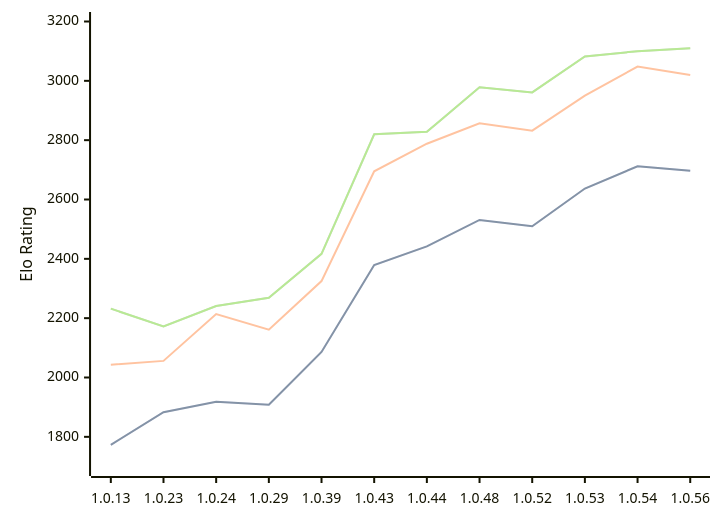
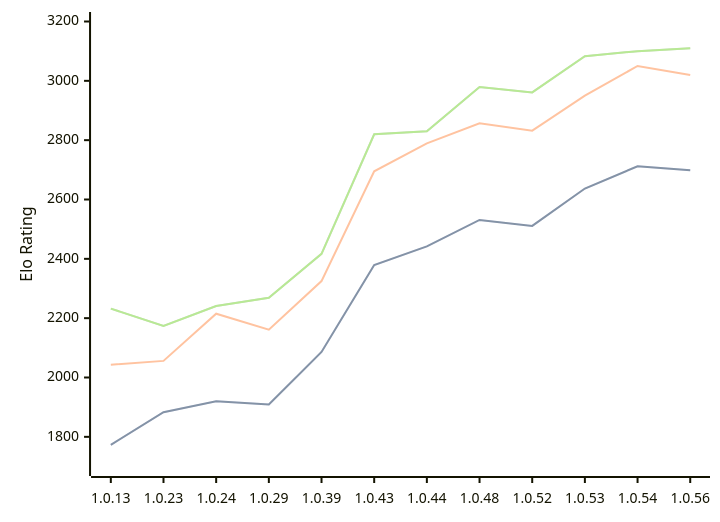
Before and after one commit to computer-chess-index/cci: the diagram in engines/RustyRival.md, drawn with Mermaid. The commit also changed other lines of this file, not shown here.

Commit message:
Update CCI Ratings (ELO VLTC) - 2026-09-16

````diff
--- a/engines/RustyRival.md
+++ b/engines/RustyRival.md
@@ -66,11 +67,11 @@
 ```mermaid
 %%{init: {"theme":"base","themeVariables":{"seriesColors:['#a3a3a3','#222221','#faa371']}}}%%
 xychart-beta
   x-axis ["1.0.13", "1.0.23", "1.0.24", "1.0.29", "1.0.39", "1.0.43", "1.0.44", "1.0.48", "1.0.52", "1.0.53", "1.0.54", "1.0.56"]
   y-axis "Elo Rating" 1700 --> 3200
-  line "" [1773, 1883, 1918, 1908, 2086, 2379, 2442, 2531, 2510, 2637, 2712, 2697]
-  line "STC (8.0+0.08s)" [1773, 1883, 1918, 1908, 2086, 2379, 2442, 2531, 2510, 2637, 2712, 2697]
-  line "LTC (60.0+0.60s)" [2043, 2056, 2214, 2161, 2325, 2695, 2788, 2857, 2832, 2950, 3048, 3020]
-  line "" [2232, 2172, 2241, 2269, 2417, 2820, 2828, 2978, 2961, 3082, 3100, 3110]
-  line "VLTC (2m24s+1.12s)" [2232, 2172, 2241, 2269, 2417, 2820, 2828, 2978, 2961, 3082, 3100, 3110]
+  line "" [1773, 1883, 1920, 1909, 2086, 2379, 2442, 2531, 2511, 2637, 2712, 2699]
+  line "STC (8.0+0.08s)" [1773, 1883, 1920, 1909, 2086, 2379, 2442, 2531, 2511, 2637, 2712, 2699]
+  line "LTC (60.0+0.60s)" [2043, 2056, 2215, 2161, 2325, 2695, 2789, 2857, 2832, 2950, 3050, 3020]
+  line "" [2232, 2174, 2241, 2269, 2417, 2820, 2830, 2979, 2961, 3083, 3100, 3110]
+  line "VLTC (2m24s+1.12s)" [2232, 2174, 2241, 2269, 2417, 2820, 2830, 2979, 2961, 3083, 3100, 3110]
 ```
````
